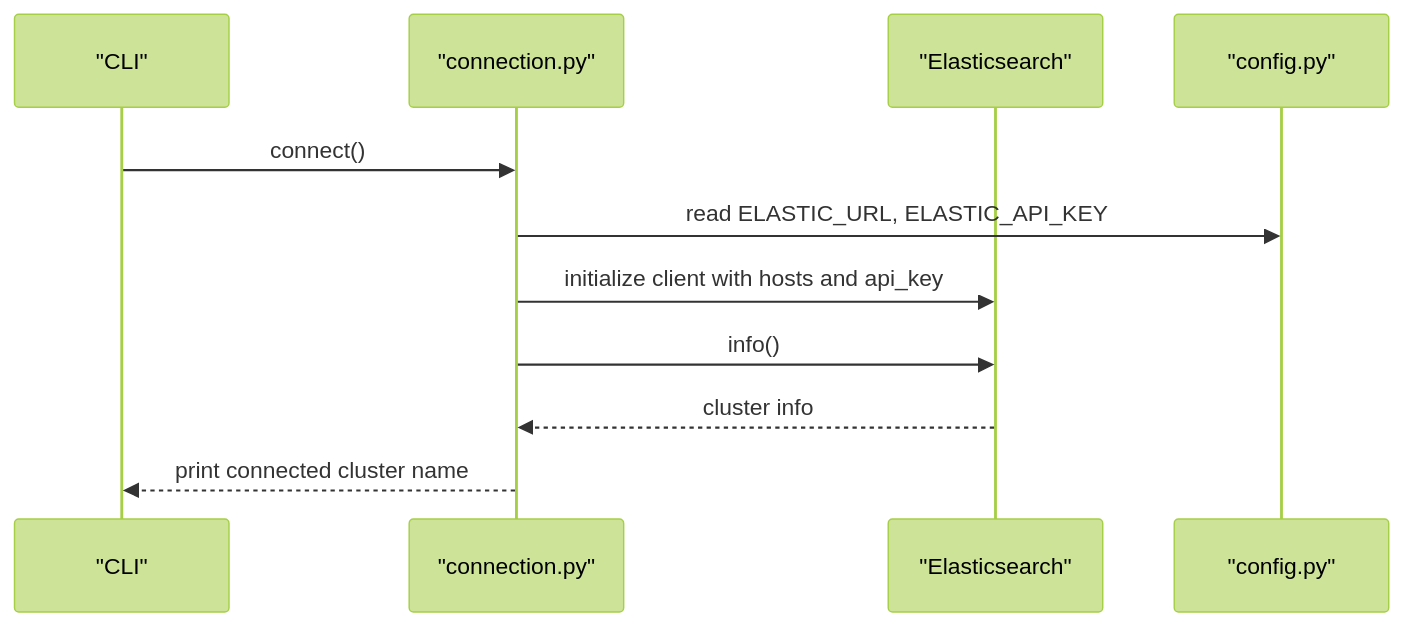
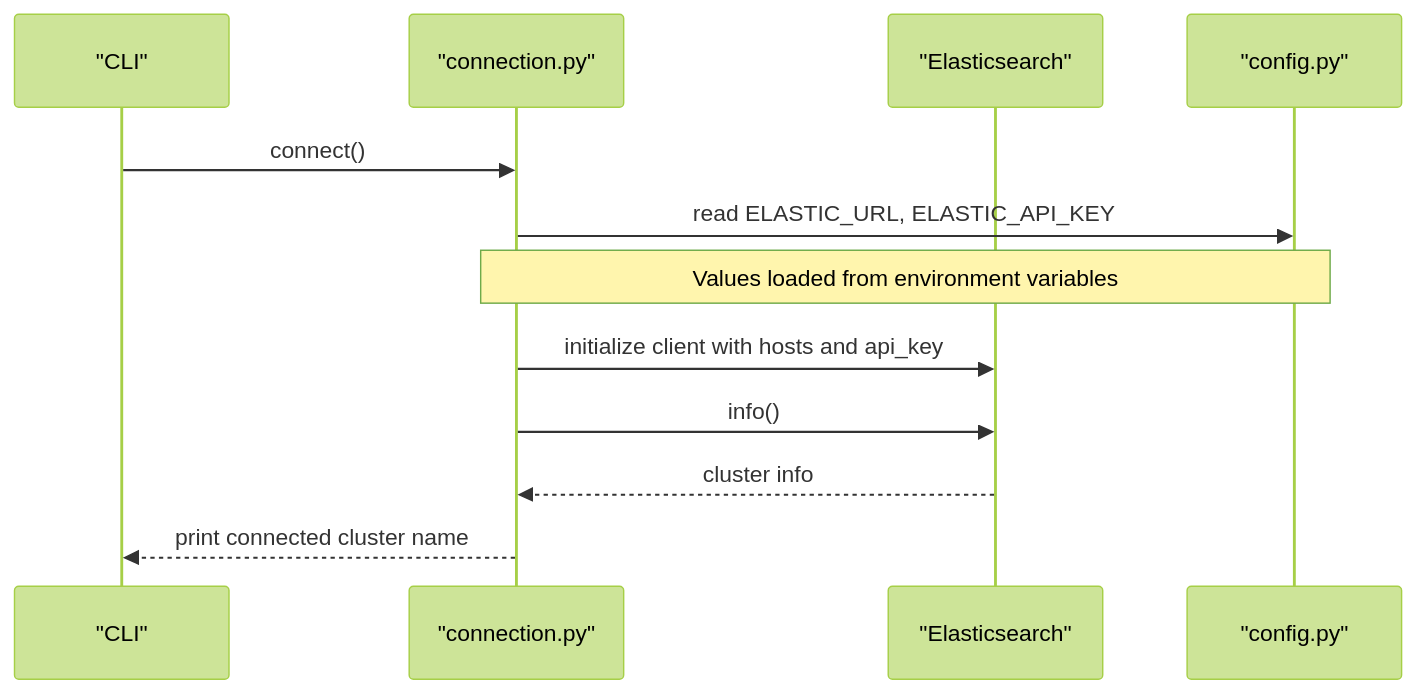
The fourth of 8 diagrams in .qoder/repowiki/en/content/Configuration and Customization.md (austinsonger/elastic-janitor), drawn with Mermaid (forest theme) before and after one commit. The commit also changed other lines of this file and 51 other files, not shown here.

````diff
--- a/.qoder/repowiki/en/content/Configuration and Customization.md
+++ b/.qoder/repowiki/en/content/Configuration and Customization.md
@@ -127,13 +176,14 @@
 ```mermaid
 sequenceDiagram
 participant CLI as "CLI"
 participant Conn as "connection.py"
 participant ES as "Elasticsearch"
 participant Cfg as "config.py"
 CLI->>Conn : connect()
 Conn->>Cfg : read ELASTIC_URL, ELASTIC_API_KEY
+Note over Conn,Cfg : Values loaded from environment variables
 Conn->>ES : initialize client with hosts and api_key
 Conn->>ES : info()
 ES-->>Conn : cluster info
 Conn-->>CLI : print connected cluster name
 ```
````
